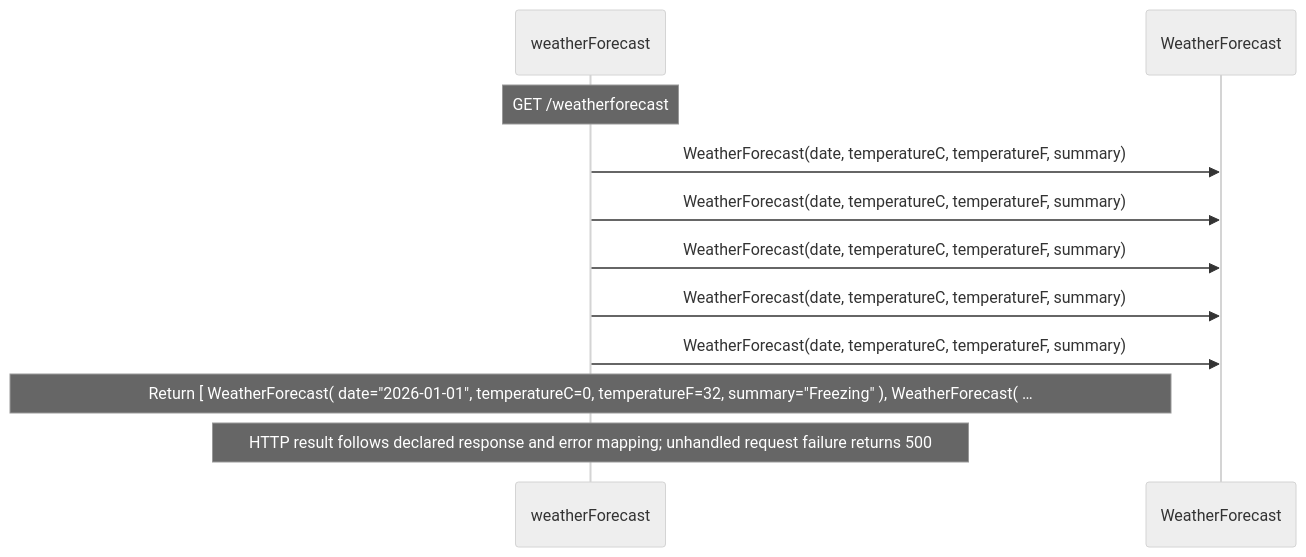
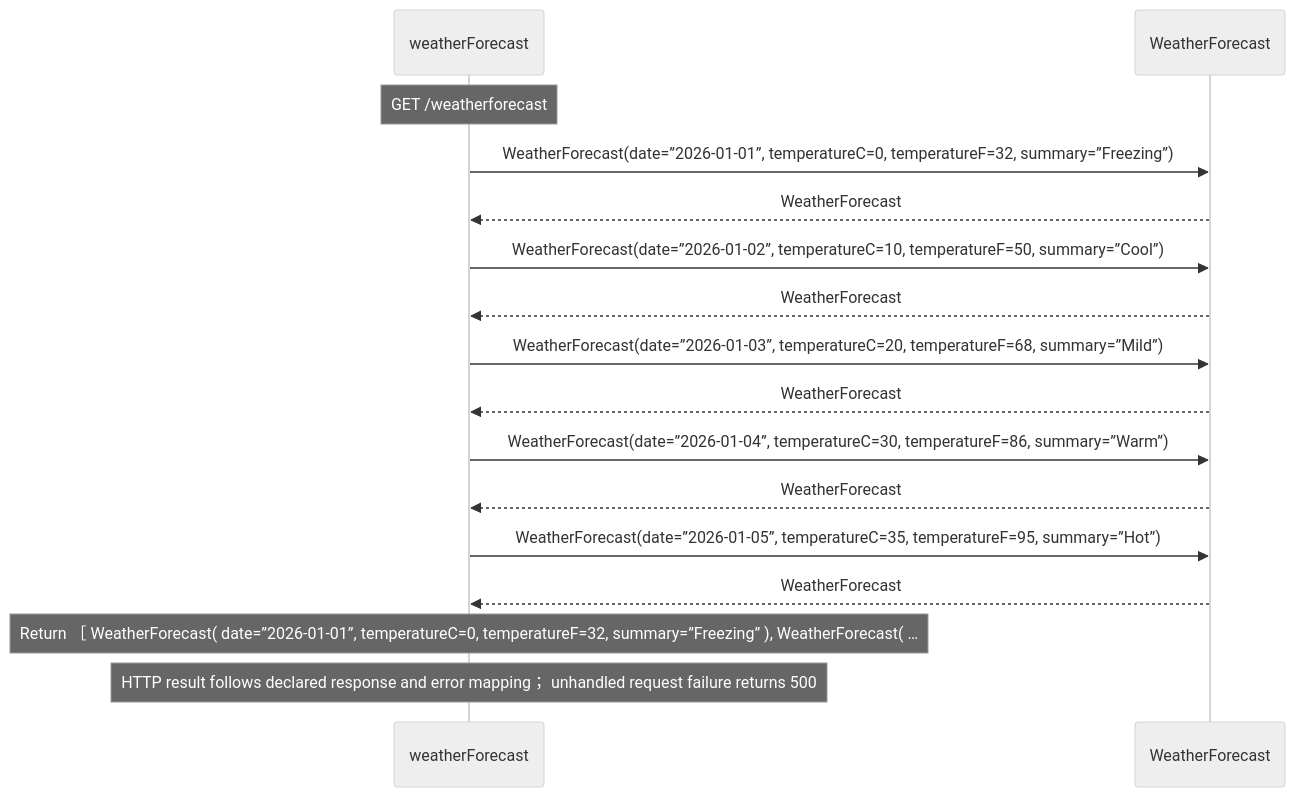
One commit to GreenPandaStudios/augscript changed the second of 2 diagrams in docs/examples/weather-api/forecasts-diagrams.md. Above: the diagram before and after it, drawn with Mermaid (neutral theme). The commit also changed other lines of this file and 524 other files, not shown here.

Commit message:
Explain checked data flow at folder and service levels

````diff
--- a/docs/examples/weather-api/forecasts-diagrams.md
+++ b/docs/examples/weather-api/forecasts-diagrams.md
@@ -58,13 +47,18 @@
 ```mermaid
 sequenceDiagram
     participant p0 as weatherForecast
     participant p1 as WeatherForecast
     Note over p0: GET /weatherforecast
-    p0->>p1: WeatherForecast(date, temperatureC, temperatureF, summary)
-    p0->>p1: WeatherForecast(date, temperatureC, temperatureF, summary)
-    p0->>p1: WeatherForecast(date, temperatureC, temperatureF, summary)
-    p0->>p1: WeatherForecast(date, temperatureC, temperatureF, summary)
-    p0->>p1: WeatherForecast(date, temperatureC, temperatureF, summary)
-    Note over p0: Return #91; WeatherForecast( date=#34;2026-01-01#34;, temperatureC=0, temperatureF=32, summary=#34;Freezing#34; ), WeatherForecast( …
-    Note over p0: HTTP result follows declared response and error mapping#59; unhandled request failure returns 500
+    p0->>p1: WeatherForecast(date=”2026-01-01”, temperatureC=0, temperatureF=32, summary=”Freezing”)
+    p1-->>p0: WeatherForecast
+    p0->>p1: WeatherForecast(date=”2026-01-02”, temperatureC=10, temperatureF=50, summary=”Cool”)
+    p1-->>p0: WeatherForecast
+    p0->>p1: WeatherForecast(date=”2026-01-03”, temperatureC=20, temperatureF=68, summary=”Mild”)
+    p1-->>p0: WeatherForecast
+    p0->>p1: WeatherForecast(date=”2026-01-04”, temperatureC=30, temperatureF=86, summary=”Warm”)
+    p1-->>p0: WeatherForecast
+    p0->>p1: WeatherForecast(date=”2026-01-05”, temperatureC=35, temperatureF=95, summary=”Hot”)
+    p1-->>p0: WeatherForecast
+    Note over p0: Return ［ WeatherForecast( date=”2026-01-01”, temperatureC=0, temperatureF=32, summary=”Freezing” ), WeatherForecast( …
+    Note over p0: HTTP result follows declared response and error mapping； unhandled request failure returns 500
 ```
````
